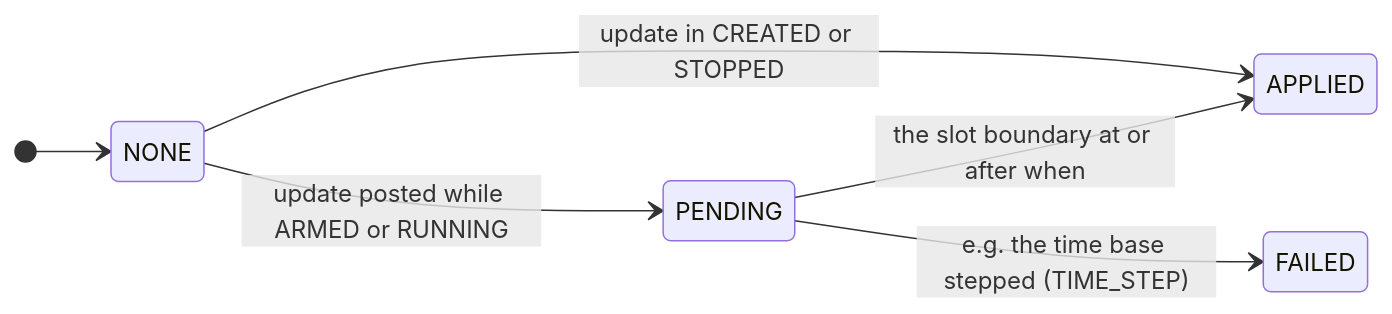
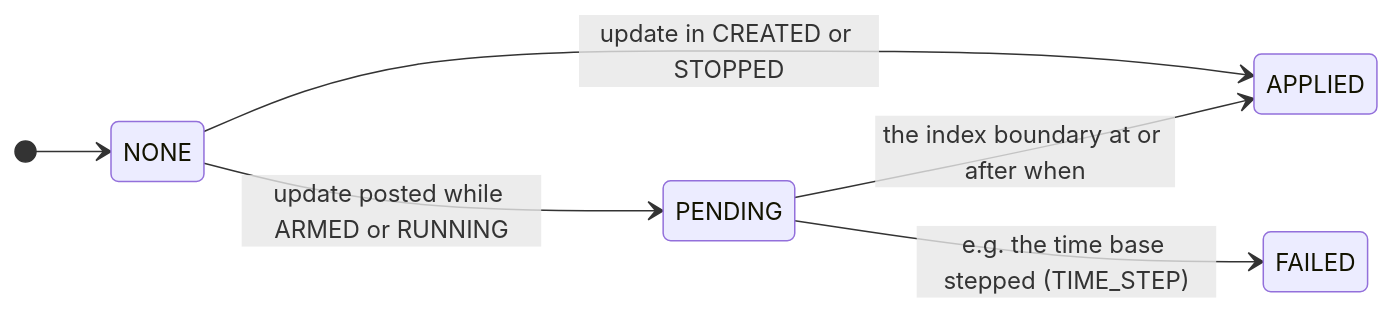
Diagram 48 of 56 in doc/unified-api/diagrams.md (Sakoram/Media-Transport-Library), drawn with Mermaid before and after one commit. The commit also changed other lines of this file and 53 other files, not shown here.

````diff
--- a/doc/unified-api/diagrams.md
+++ b/doc/unified-api/diagrams.md
@@ -1325,9 +1334,9 @@
 ```mermaid
 stateDiagram-v2
     direction LR
     [*] --> NONE
     NONE --> PENDING: update posted while ARMED or RUNNING
     NONE --> APPLIED: update in CREATED or STOPPED
-    PENDING --> APPLIED: the slot boundary at or after when
+    PENDING --> APPLIED: the index boundary at or after when
     PENDING --> FAILED: e.g. the time base stepped (TIME_STEP)
 ```
````
